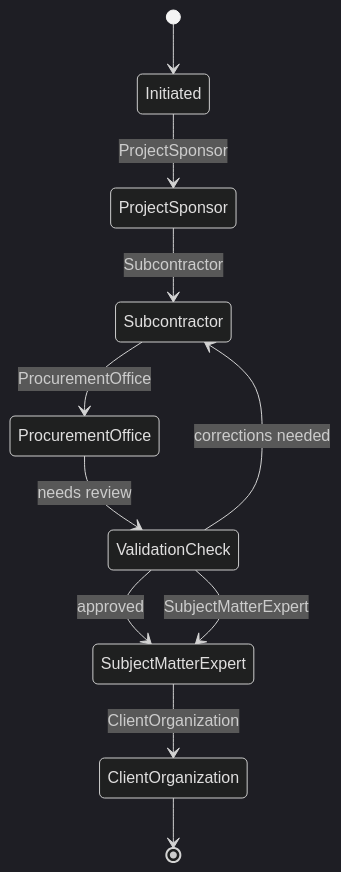
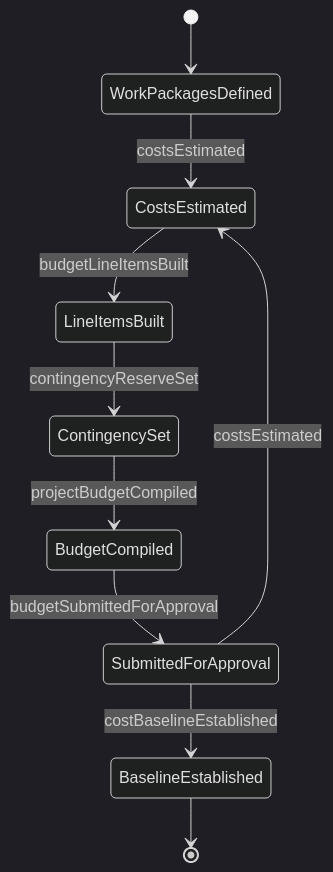
Before and after one commit to dot-org-ai/tasks.org.ai: the second of 4 diagrams in GuidingDirectingAndMotivatingSubordinates/ManageBudgetsOrFinances/PrepareProjectBudgets.mdx, drawn with Mermaid (dark theme). The commit also changed other lines of this file and 515 other files, not shown here.

````diff
--- a/GuidingDirectingAndMotivatingSubordinates/ManageBudgetsOrFinances/PrepareProjectBudgets.mdx
+++ b/GuidingDirectingAndMotivatingSubordinates/ManageBudgetsOrFinances/PrepareProjectBudgets.mdx
@@ -100,13 +100,12 @@
 ```mermaid
 stateDiagram-v2
-    [*] --> Initiated
-    Initiated --> ProjectSponsor: ProjectSponsor
-    ProjectSponsor --> Subcontractor: Subcontractor
-    Subcontractor --> ProcurementOffice: ProcurementOffice
-    ProcurementOffice --> ValidationCheck: needs review
-    ValidationCheck --> Subcontractor: corrections needed
-    ValidationCheck --> SubjectMatterExpert: approved
-    ValidationCheck --> SubjectMatterExpert: SubjectMatterExpert
-    SubjectMatterExpert --> ClientOrganization: ClientOrganization
-    ClientOrganization --> [*]
+    [*] --> WorkPackagesDefined
+    WorkPackagesDefined --> CostsEstimated : costsEstimated
+    CostsEstimated --> LineItemsBuilt : budgetLineItemsBuilt
+    LineItemsBuilt --> ContingencySet : contingencyReserveSet
+    ContingencySet --> BudgetCompiled : projectBudgetCompiled
+    BudgetCompiled --> SubmittedForApproval : budgetSubmittedForApproval
+    SubmittedForApproval --> CostsEstimated : costsEstimated
+    SubmittedForApproval --> BaselineEstablished : costBaselineEstablished
+    BaselineEstablished --> [*]
 ```
````
